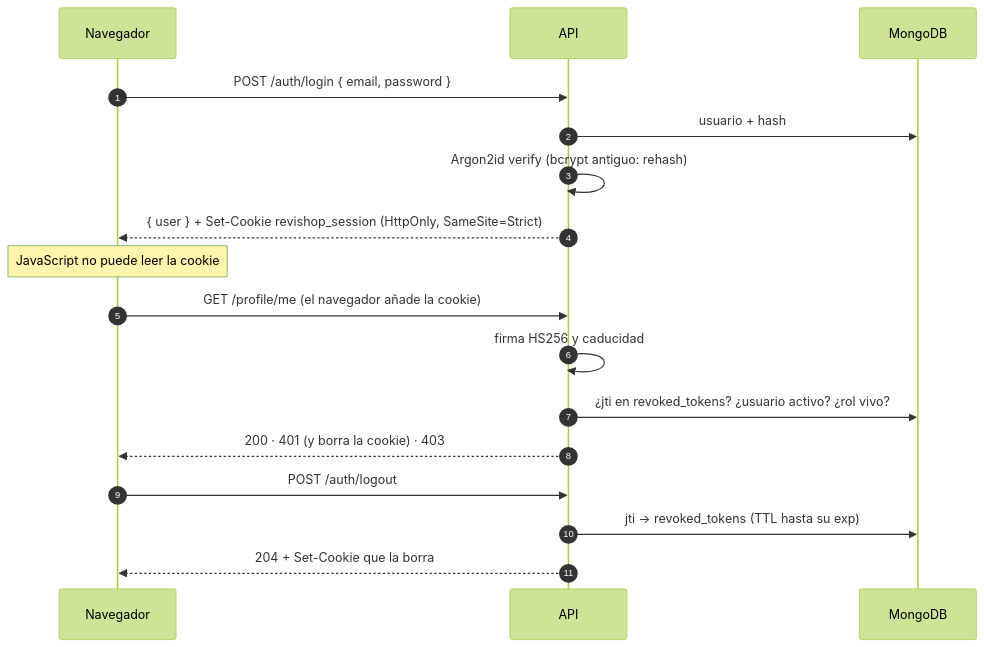
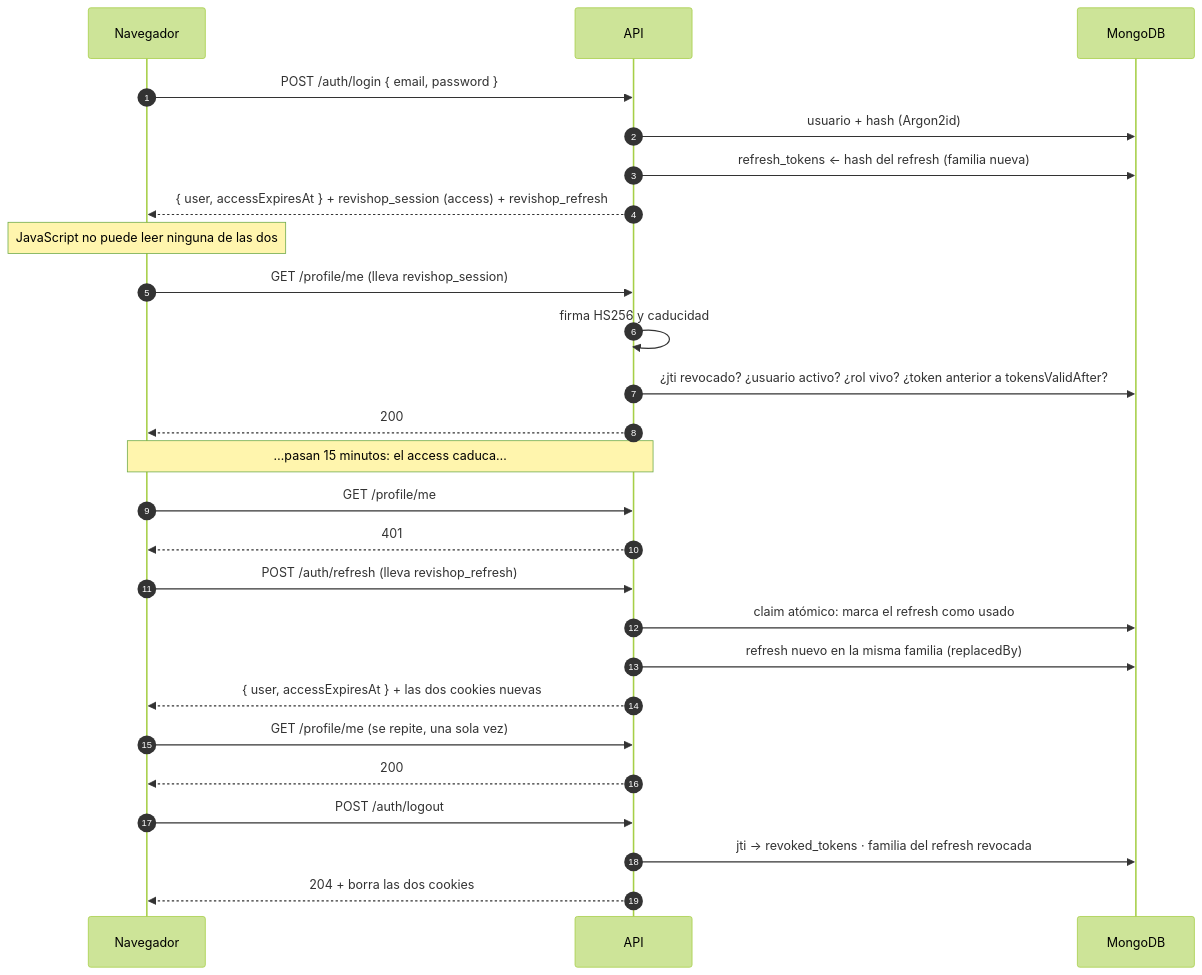
One commit to Yonderus/ReviShop-Tienda-Segunda-Mano changed the second of 3 diagrams in secondhand-api/README.md. Above: the diagram before and after it, drawn with Mermaid (forest theme). The commit also changed other lines of this file and 2 other files, not shown here.

Commit message:
docs: access y refresh token, rotación y renovación automática (R5)

````diff
--- a/secondhand-api/README.md
+++ b/secondhand-api/README.md
@@ -141,19 +158,28 @@
 ```mermaid
 sequenceDiagram
     autonumber
     participant C as Navegador
     participant A as API
     participant DB as MongoDB
     C->>A: POST /auth/login { email, password }
-    A->>DB: usuario + hash
-    A->>A: Argon2id verify (bcrypt antiguo: rehash)
-    A-->>C: { user } + Set-Cookie revishop_session (HttpOnly, SameSite=Strict)
-    Note over C: JavaScript no puede leer la cookie
-    C->>A: GET /profile/me (el navegador añade la cookie)
+    A->>DB: usuario + hash (Argon2id)
+    A->>DB: refresh_tokens ← hash del refresh (familia nueva)
+    A-->>C: { user, accessExpiresAt } + revishop_session (access) + revishop_refresh
+    Note over C: JavaScript no puede leer ninguna de las dos
+    C->>A: GET /profile/me (lleva revishop_session)
     A->>A: firma HS256 y caducidad
-    A->>DB: ¿jti en revoked_tokens? ¿usuario activo? ¿rol vivo?
-    A-->>C: 200 · 401 (y borra la cookie) · 403
+    A->>DB: ¿jti revocado? ¿usuario activo? ¿rol vivo? ¿token anterior a tokensValidAfter?
+    A-->>C: 200
+    Note over C,A: …pasan 15 minutos: el access caduca…
+    C->>A: GET /profile/me
+    A-->>C: 401
+    C->>A: POST /auth/refresh (lleva revishop_refresh)
+    A->>DB: claim atómico: marca el refresh como usado
+    A->>DB: refresh nuevo en la misma familia (replacedBy)
+    A-->>C: { user, accessExpiresAt } + las dos cookies nuevas
+    C->>A: GET /profile/me (se repite, una sola vez)
+    A-->>C: 200
     C->>A: POST /auth/logout
-    A->>DB: jti → revoked_tokens (TTL hasta su exp)
-    A-->>C: 204 + Set-Cookie que la borra
+    A->>DB: jti → revoked_tokens · familia del refresh revocada
+    A-->>C: 204 + borra las dos cookies
 ```
````
